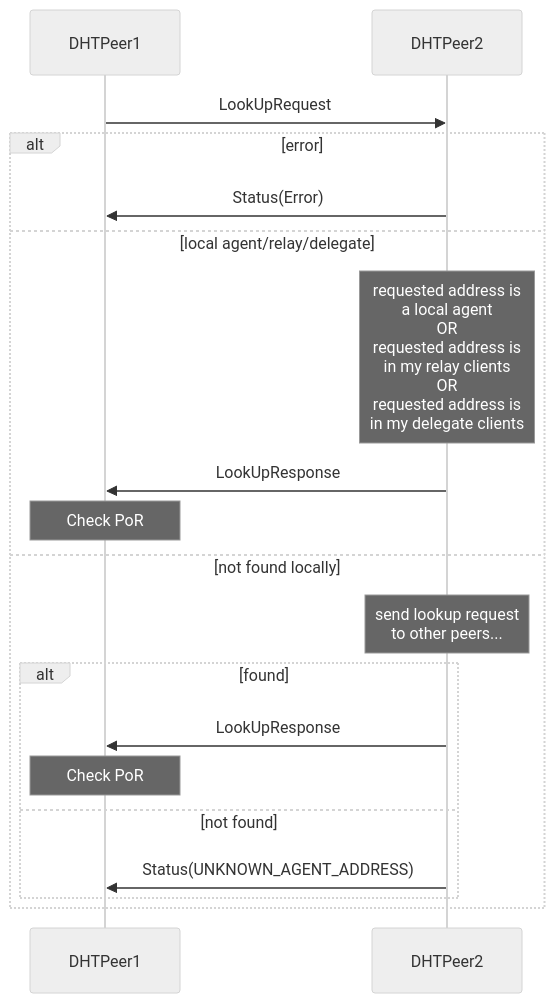
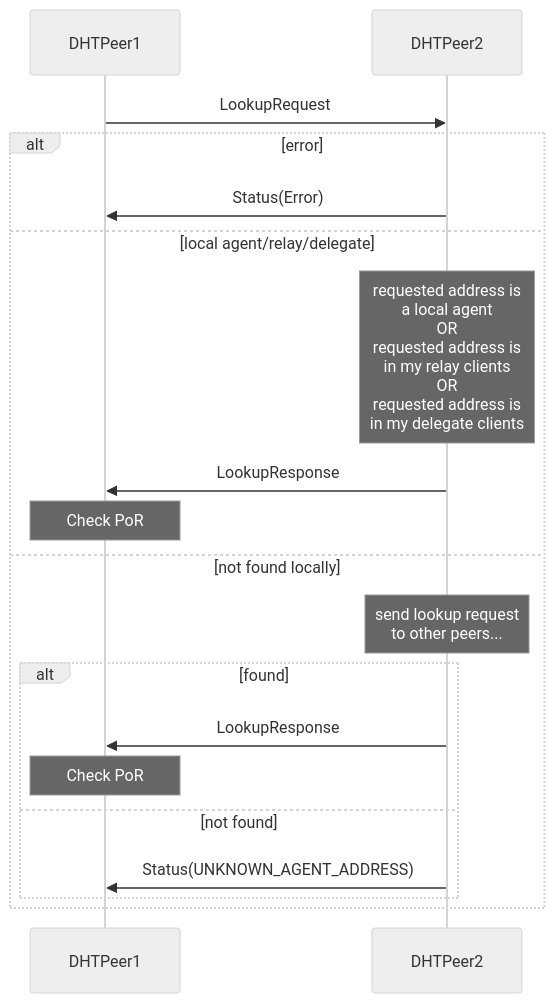
The seventh of 8 diagrams in docs/acn-internals.md (legendarydeveloper919/agents-aea), drawn with Mermaid (neutral theme) before and after one commit. The commit also changed other lines of this file, not shown here.

```diff
--- a/docs/acn-internals.md
+++ b/docs/acn-internals.md
@@ -284,21 +342,21 @@
 <div class="mermaid">
     sequenceDiagram
         participant DHTPeer1
         participant DHTPeer2
-        DHTPeer1->>DHTPeer2: LookUpRequest
+        DHTPeer1->>DHTPeer2: LookupRequest
         alt error
             DHTPeer2->>DHTPeer1: Status(Error)
         else local agent/relay/delegate
             note over DHTPeer2: requested address is<br/>a local agent<br/>OR<br/>requested address is<br/>in my relay clients<br/>OR<br/>requested address is<br/>in my delegate clients
-            DHTPeer2->>DHTPeer1: LookUpResponse
+            DHTPeer2->>DHTPeer1: LookupResponse
             note over DHTPeer1: Check PoR
         else not found locally
             note over DHTPeer2: send lookup request<br/>to other peers...
             alt found
-                DHTPeer2->>DHTPeer1: LookUpResponse
+                DHTPeer2->>DHTPeer1: LookupResponse
                 note over DHTPeer1: Check PoR
             else not found
                 DHTPeer2->>DHTPeer1:Status(UNKNOWN_AGENT_ADDRESS)
             end
         end
 </div>
```
